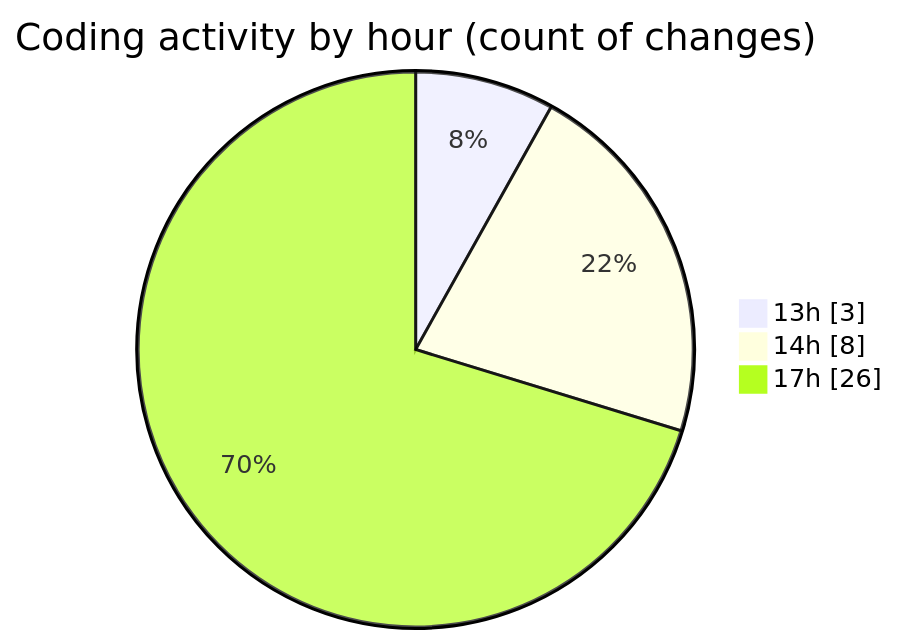
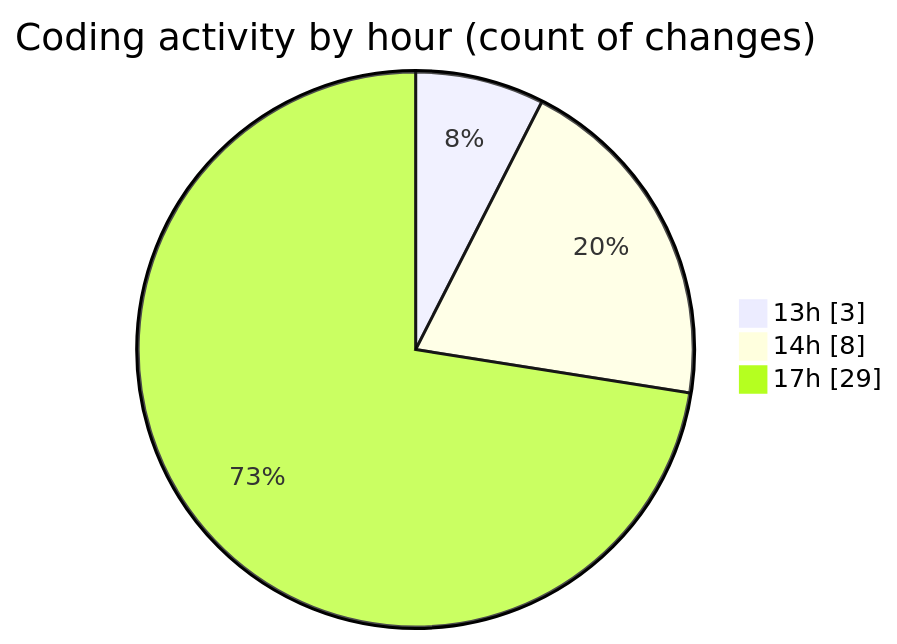
The second of 2 diagrams in 2025-02-04/recipe-page-main/README.md (NitaiMahat/code-tracking), drawn with Mermaid before and after one commit. The commit also changed other lines of this file and 1 other file, not shown here.

````diff
--- a/2025-02-04/recipe-page-main/README.md
+++ b/2025-02-04/recipe-page-main/README.md
@@ -30,7 +30,7 @@
 ```mermaid
 pie showData
 title Coding activity by hour (count of changes)
 "13h" : 3
 "14h" : 8
-"17h" : 26
+"17h" : 29
 ```
````
